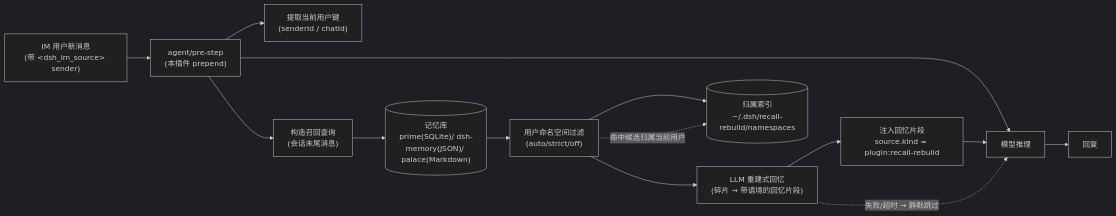
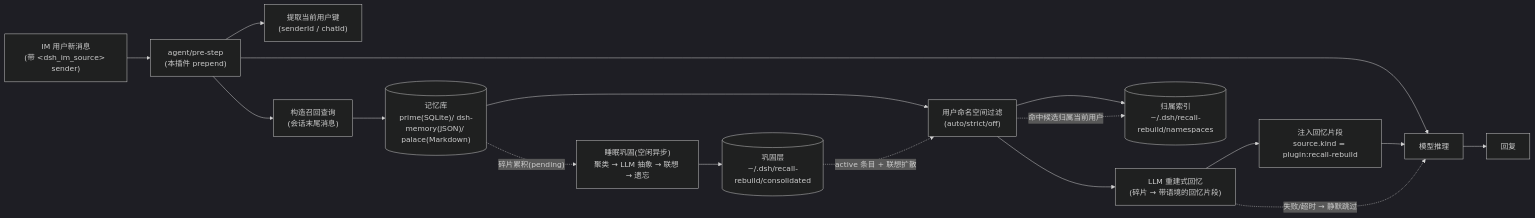
One commit to linkpain/dsh-recall-rebuild changed the diagram in README.md. Above: the diagram before and after it, drawn with Mermaid (dark theme). The commit also changed other lines of this file, not shown here.

````diff
--- a/README.md
+++ b/README.md
@@ -78,16 +79,19 @@
 ```mermaid
 flowchart LR
     U["IM 用户新消息<br/>(带 &lt;dsh_im_source&gt; sender)"] --> P["agent/pre-step<br/>(本插件 prepend)"]
     P --> K["提取当前用户键<br/>(senderId / chatId)"]
     P --> Q["构造召回查询<br/>(会话末尾消息)"]
     Q --> S[("记忆库<br/>prime(SQLite)/ dsh-memory(JSON)/ palace(Markdown)")]
     S --> F["用户命名空间过滤<br/>(auto/strict/off)"]
+    S -. "碎片累积(pending)" .-> C["睡眠巩固(空闲异步)<br/>聚类 → LLM 抽象 → 联想 → 遗忘"]
+    C --> C2[("巩固层<br/>~/.dsh/recall-rebuild/consolidated")]
+    C2 -. "active 条目 + 联想扩散" .-> F
     F --> R["LLM 重建式回忆<br/>(碎片 → 带语境的回忆片段)"]
     R --> I["注入回忆片段<br/>source.kind = plugin:recall-rebuild"]
     F --> N[("归属索引<br/>~/.dsh/recall-rebuild/namespaces")]
     F -. 命中候选归属当前用户 .-> N
     P --> M["模型推理"]
     I --> M
     M --> A["回复"]
     R -. "失败/超时 → 静默跳过" .-> M
 ```
````
